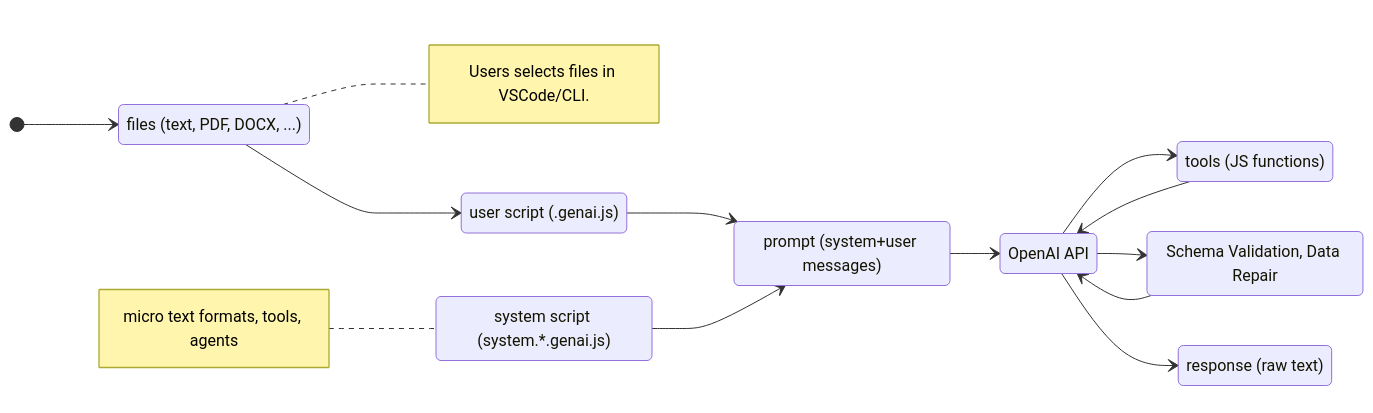
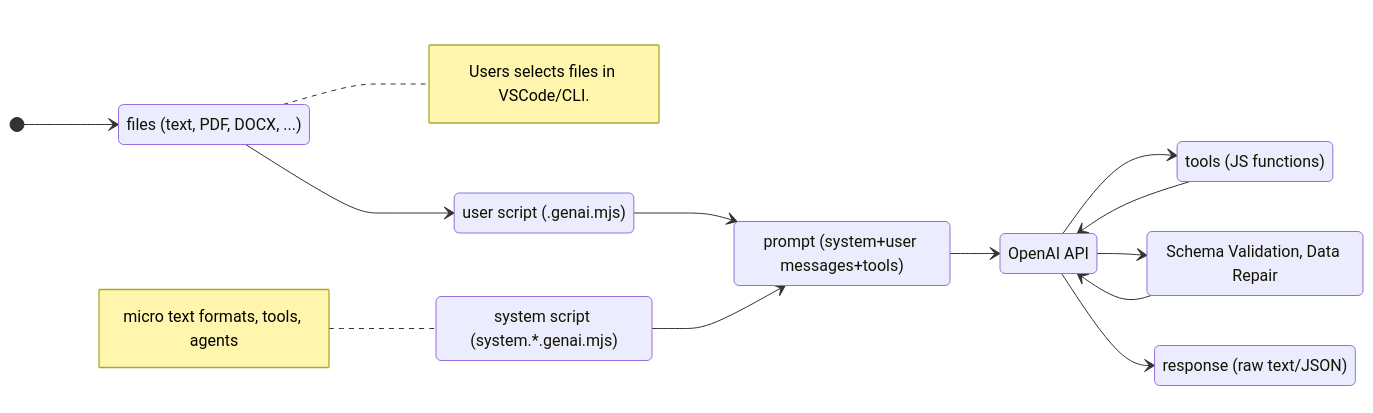
Before and after one commit to microsoft/genaiscript: the diagram in slides/pages/script-prompt.md, drawn with Mermaid. The commit also changed other lines of this file and 5 other files, not shown here.

````diff
--- a/slides/pages/script-prompt.md
+++ b/slides/pages/script-prompt.md
@@ -8,25 +3,25 @@
 ```mermaid
 
 stateDiagram
   direction LR
     [*] --> context
     context: files (text, PDF, DOCX, ...)
-    script : user script (.genai.js)
-    prompt : prompt (system+user messages)
+    script : user script (.genai.mjs)
+    prompt : prompt (system+user messages+tools)
     api: OpenAI API
-    system: system script (system.*.genai.js)
+    system: system script (system.*.genai.mjs)
     tools: tools (JS functions)
     context --> script
     note right of context : Users selects files in VSCode/CLI.
     script --> prompt
     system --> prompt
     prompt --> api
     api --> tools
     tools --> api
     api --> validation
     validation: Schema Validation, Data Repair
     validation --> api
     api --> response
     note left of system: micro text formats, tools, agents
-    response: response (raw text)
+    response: response (raw text/JSON)
 ```
````
